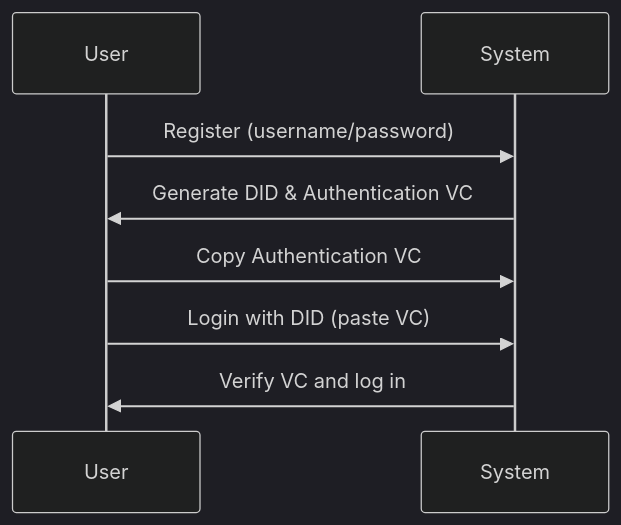
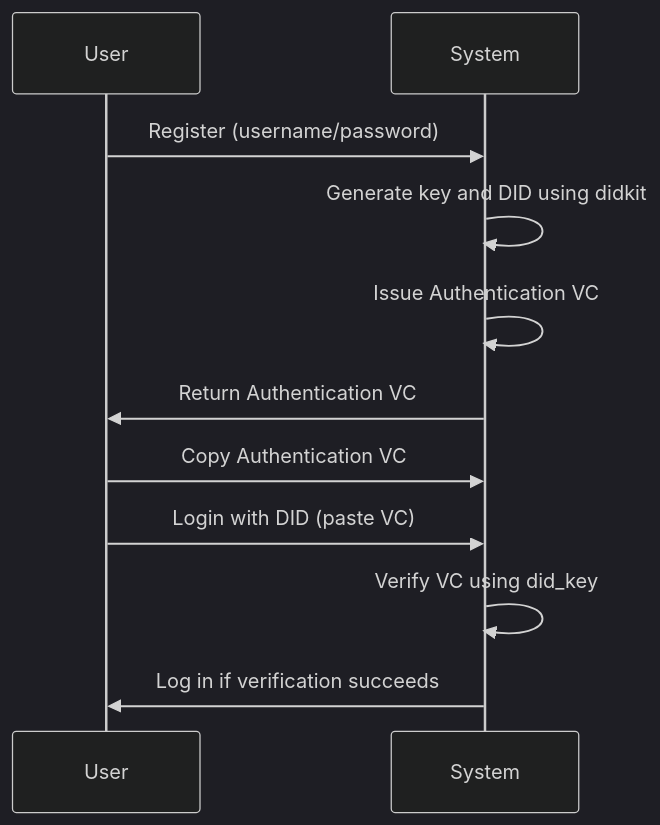
One commit to Code-Barn/iyou_poly changed the first of 3 diagrams in docs/CREDENTIAL_MANAGEMENT_SYSTEM.md. Above: the diagram before and after it, drawn with Mermaid (dark theme). The commit also changed other lines of this file and 9 other files, not shown here.

Commit message:
fixed (again) DID login flow

````diff
--- a/docs/CREDENTIAL_MANAGEMENT_SYSTEM.md
+++ b/docs/CREDENTIAL_MANAGEMENT_SYSTEM.md
@@ -221,8 +222,11 @@
 ```mermaid
 sequenceDiagram
     User->>System: Register (username/password)
-    System->>User: Generate DID & Authentication VC
+    System->>System: Generate key and DID using didkit
+    System->>System: Issue Authentication VC
+    System->>User: Return Authentication VC
     User->>System: Copy Authentication VC
     User->>System: Login with DID (paste VC)
-    System->>User: Verify VC and log in
+    System->>System: Verify VC using did_key
+    System->>User: Log in if verification succeeds
 ```
````
